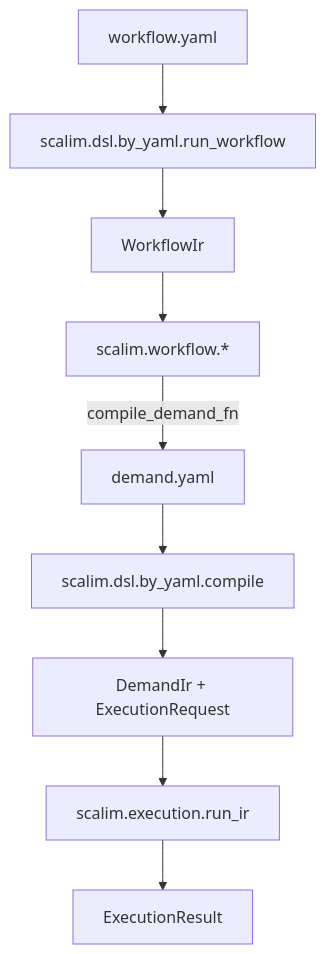
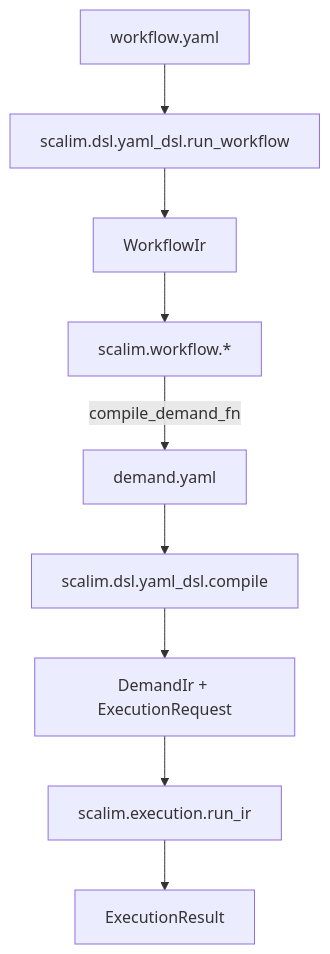
Before and after one commit to StrayDragon/scalim: the third of 9 diagrams in docs/doc/architecture/arch.md, drawn with Mermaid. The commit also changed other lines of this file and 374 other files, not shown here.

Commit message:
refactor: yaml-dsl-api-naming-alignment

````diff
--- a/docs/doc/architecture/arch.md
+++ b/docs/doc/architecture/arch.md
@@ -133,12 +133,12 @@
 ```mermaid
 flowchart TD
-  WF_YAML[workflow.yaml] --> WF_ENTRY[scalim.dsl.by_yaml.run_workflow]
+  WF_YAML[workflow.yaml] --> WF_ENTRY[scalim.dsl.yaml_dsl.run_workflow]
   WF_ENTRY --> WF_IR[WorkflowIr]
   WF_IR --> WF_RUN[scalim.workflow.*]
 
   WF_RUN -->|compile_demand_fn| D_YAML[demand.yaml]
-  D_YAML --> D_ADAPTER[scalim.dsl.by_yaml.compile]
+  D_YAML --> D_ADAPTER[scalim.dsl.yaml_dsl.compile]
   D_ADAPTER --> D_IR[DemandIr + ExecutionRequest]
   D_IR --> RUN_IR[scalim.execution.run_ir]
   RUN_IR --> RESULT[ExecutionResult]
 ```
````
